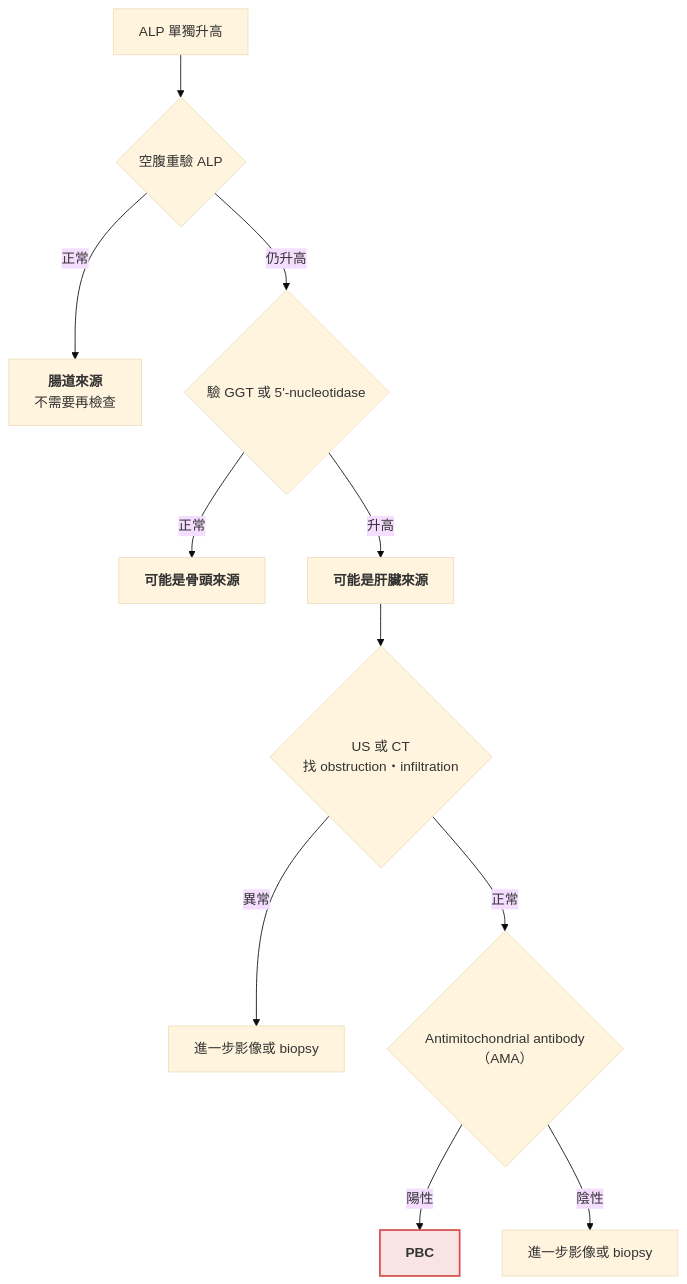
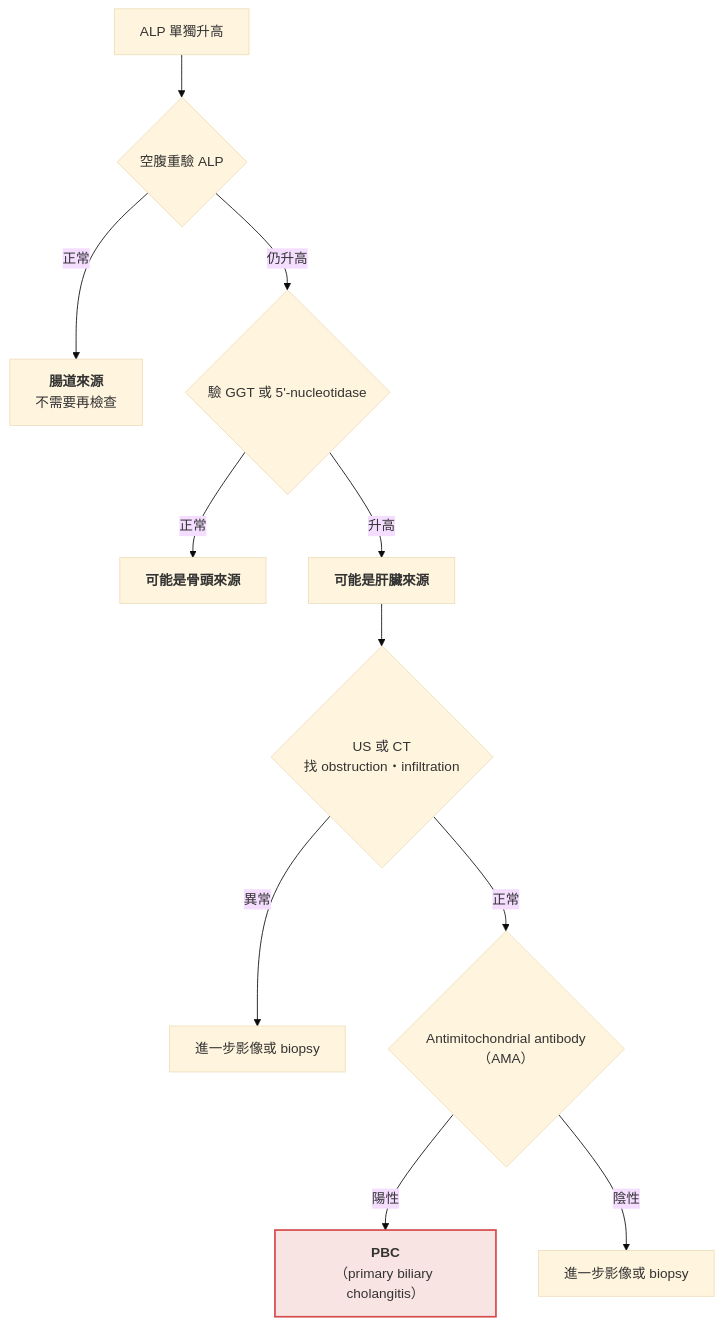
The third of 3 diagrams in content/gastroenterology/abnormal-liver-tests/liver-1-approach.md (youngmd-notes/youngmd-notes.github.io), drawn with Mermaid (base theme) before and after one commit. The commit also changed other lines of this file and 11 other files, not shown here.

````diff
--- a/content/gastroenterology/abnormal-liver-tests/liver-1-approach.md
+++ b/content/gastroenterology/abnormal-liver-tests/liver-1-approach.md
@@ -149,15 +149,15 @@
 ```mermaid
 flowchart TD
     A["ALP 單獨升高"] --> B{"空腹重驗 ALP"}
     B -->|"正常"| I["<b>腸道來源</b><br/>不需要再檢查"]
     B -->|"仍升高"| C{"驗 GGT 或 5'-nucleotidase"}
     C -->|"正常"| BO["<b>可能是骨頭來源</b>"]
     C -->|"升高"| L["<b>可能是肝臟來源</b>"]
     L --> D{"US 或 CT<br/>找 obstruction・infiltration"}
     D -->|"異常"| E["進一步影像或 biopsy"]
     D -->|"正常"| F{"Antimitochondrial antibody（AMA）"}
-    F -->|"陽性"| PBC["<b>PBC</b>"]
+    F -->|"陽性"| PBC["<b>PBC</b><br/>（primary biliary cholangitis）"]
     F -->|"陰性"| E2["進一步影像或 biopsy"]
     classDef key fill:#d64b4b26,stroke:#d64b4b,stroke-width:2px
     class PBC key
 ```
````
